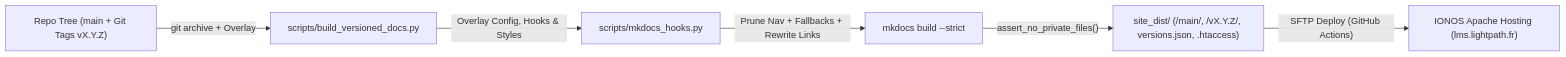
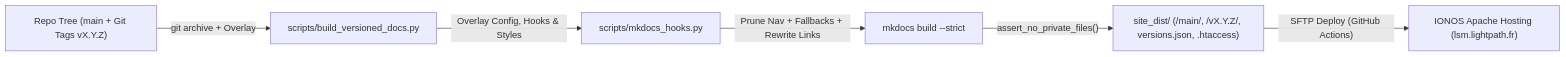
One commit to jmrenouard/lightpath-training-portal changed the diagram in docs/04-explanation/design-decisions/adr-002-versioned-diataxis-mkdocs-publishing.md. Above: the diagram before and after it, drawn with Mermaid. The commit also changed other lines of this file and 12 other files, not shown here.

Commit message:
fix(docs): align portal URL, tests, and IONOS remote path to lsm.lightpath.fr

````diff
--- a/docs/04-explanation/design-decisions/adr-002-versioned-diataxis-mkdocs-publishing.md
+++ b/docs/04-explanation/design-decisions/adr-002-versioned-diataxis-mkdocs-publishing.md
@@ -21,8 +21,8 @@
 ```mermaid
 flowchart LR
     SRC["Repo Tree (main + Git Tags vX.Y.Z)"] -->|"git archive + Overlay"| BLD["scripts/build_versioned_docs.py"]
     BLD -->|"Overlay Config, Hooks & Styles"| HOOKS["scripts/mkdocs_hooks.py"]
     HOOKS -->|"Prune Nav + Fallbacks + Rewrite Links"| MKDOCS["mkdocs build --strict"]
     MKDOCS -->|"assert_no_private_files()"| DIST["site_dist/ (/main/, /vX.Y.Z/, versions.json, .htaccess)"]
-    DIST -->|"SFTP Deploy (GitHub Actions)"| IONOS["IONOS Apache Hosting (lms.lightpath.fr)"]
+    DIST -->|"SFTP Deploy (GitHub Actions)"| IONOS["IONOS Apache Hosting (lsm.lightpath.fr)"]
 ```
````
